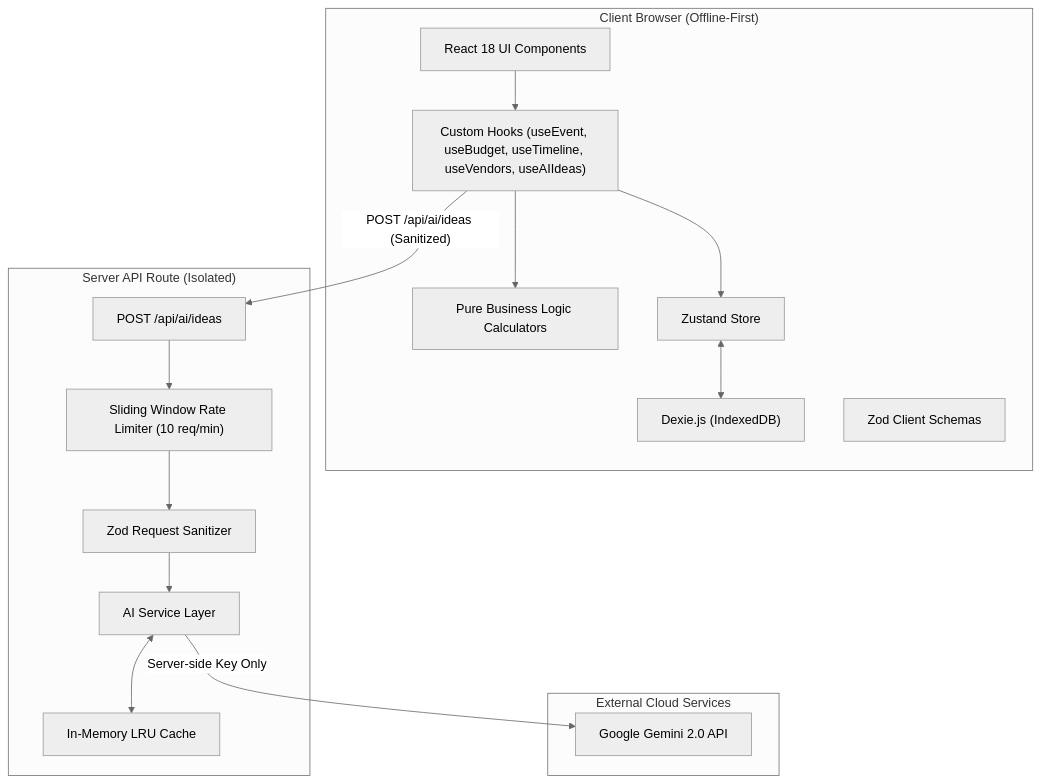
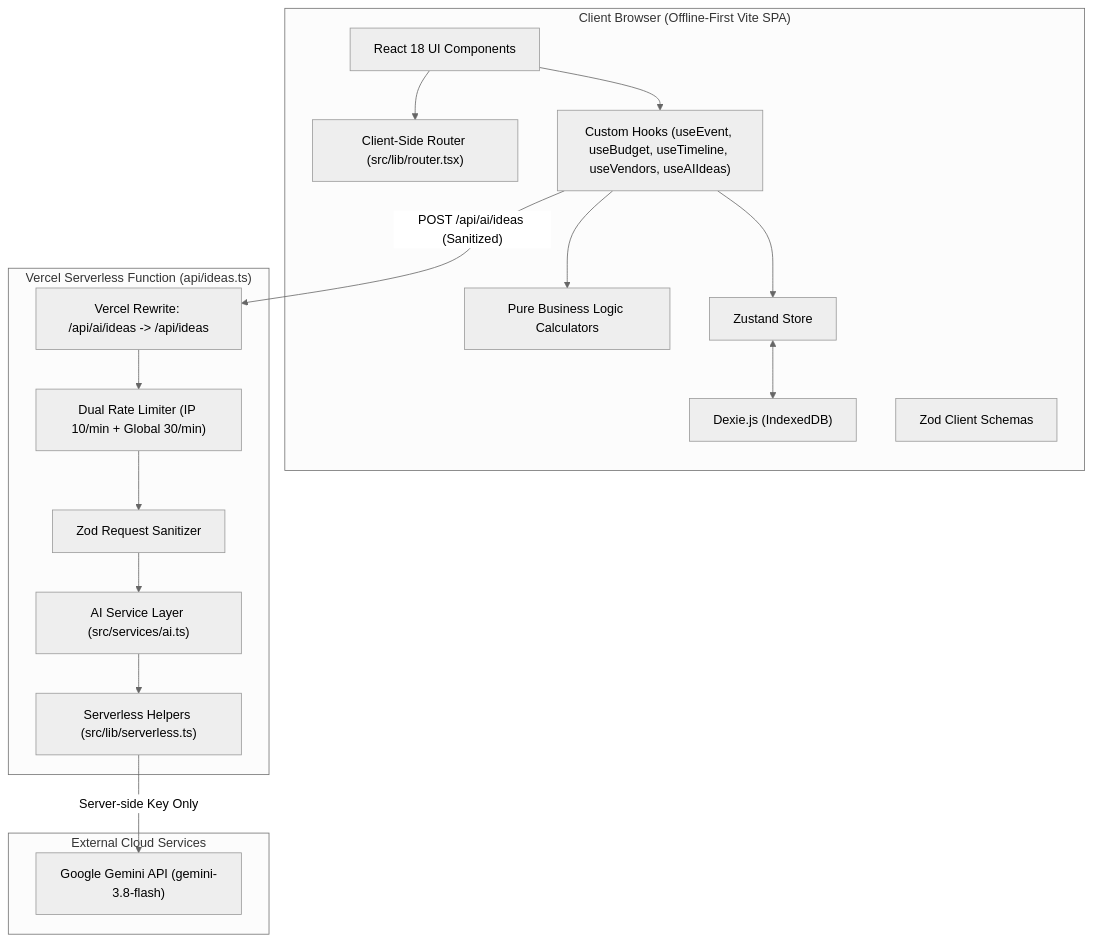
Before and after one commit to bright-phoenix-dev/celebration_planner-PROMPTWARS: the diagram in submission/README.md, drawn with Mermaid (neutral theme). The commit also changed other lines of this file and 29 other files, not shown here.

Commit message:
Refactor to pure Vite SPA architecture, modular serverless API, enhanced security and a11y

````diff
--- a/submission/README.md
+++ b/submission/README.md
@@ -58,34 +62,36 @@
 ```mermaid
 flowchart TD
-    subgraph Client["Client Browser (Offline-First)"]
+    subgraph Client["Client Browser (Offline-First Vite SPA)"]
         UI["React 18 UI Components"]
+        Router["Client-Side Router (src/lib/router.tsx)"]
         Hooks["Custom Hooks (useEvent, useBudget, useTimeline, useVendors, useAIIdeas)"]
         Logic["Pure Business Logic Calculators"]
         Zustand["Zustand Store"]
         Dexie["Dexie.js (IndexedDB)"]
         ZodClient["Zod Client Schemas"]
     end
 
-    subgraph Server["Server API Route (Isolated)"]
-        Route["POST /api/ai/ideas"]
-        Limiter["Sliding Window Rate Limiter (10 req/min)"]
+    subgraph Server["Vercel Serverless Function (api/ideas.ts)"]
+        Rewrite["Vercel Rewrite: /api/ai/ideas -> /api/ideas"]
+        DualLimiter["Dual Rate Limiter (IP 10/min + Global 30/min)"]
         ZodServer["Zod Request Sanitizer"]
-        AIService["AI Service Layer"]
-        LRUCache["In-Memory LRU Cache"]
+        AIService["AI Service Layer (src/services/ai.ts)"]
+        ServerlessLib["Serverless Helpers (src/lib/serverless.ts)"]
     end
 
     subgraph Cloud["External Cloud Services"]
-        Gemini["Google Gemini 2.0 API"]
+        Gemini["Google Gemini API (gemini-3.8-flash)"]
     end
 
+    UI --> Router
     UI --> Hooks
     Hooks --> Logic
     Hooks --> Zustand
     Zustand <--> Dexie
-    Hooks -- "POST /api/ai/ideas (Sanitized)" --> Route
-    Route --> Limiter
-    Limiter --> ZodServer
+    Hooks -- "POST /api/ai/ideas (Sanitized)" --> Rewrite
+    Rewrite --> DualLimiter
+    DualLimiter --> ZodServer
     ZodServer --> AIService
-    AIService <--> LRUCache
-    AIService -- "Server-side Key Only" --> Gemini
+    AIService --> ServerlessLib
+    ServerlessLib -- "Server-side Key Only" --> Gemini
 ```
````
